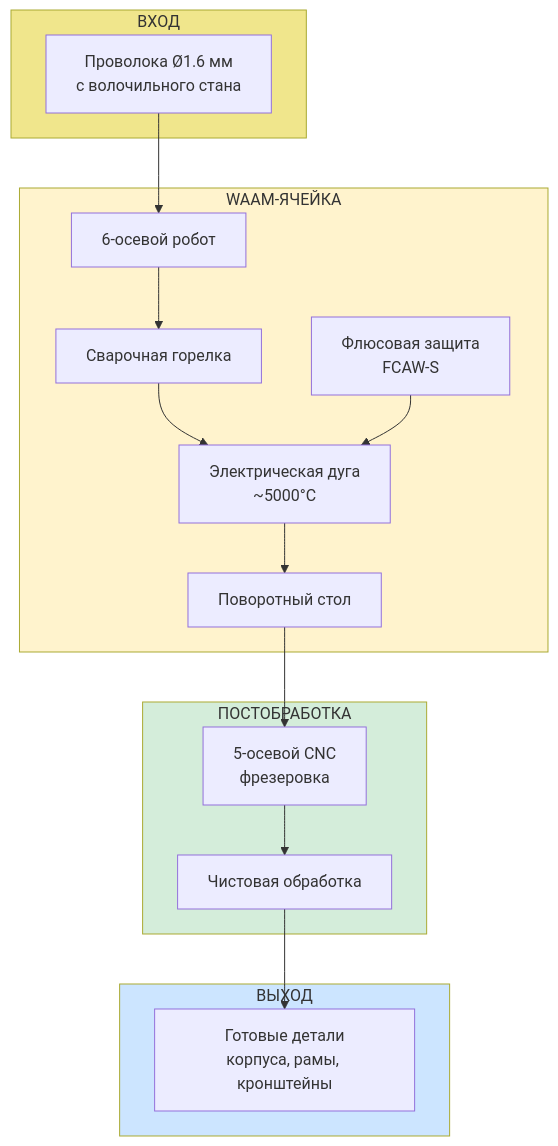
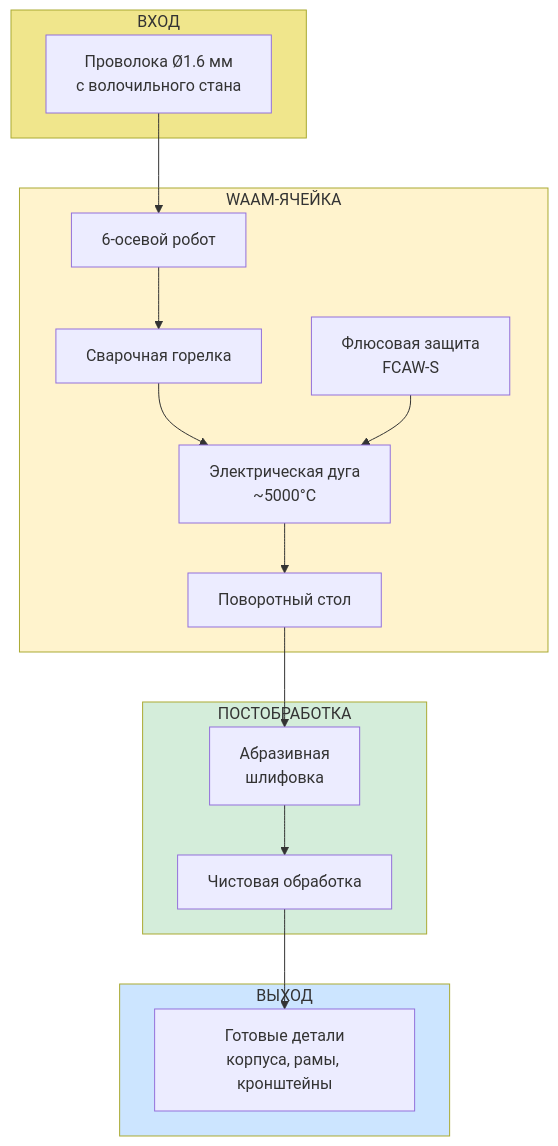
Before and after one commit to DmitryNasikanov/infinite-energy: the diagram in ru/science/detailed/production/factories/elements/waam.qmd, drawn with Mermaid. The commit also changed other lines of this file and 39 other files, not shown here.

````diff
--- a/ru/science/detailed/production/factories/elements/waam.qmd
+++ b/ru/science/detailed/production/factories/elements/waam.qmd
@@ -23,37 +23,37 @@
 ```{mermaid}
 flowchart TD
     subgraph INPUT["ВХОД"]
         WIRE["Проволока Ø1.6 мм<br/>с волочильного стана"]
     end
 
     subgraph WAAM_CELL["WAAM-ЯЧЕЙКА"]
         ROBOT["6-осевой робот"]
         TORCH["Сварочная горелка"]
         ARC["Электрическая дуга<br/>~5000°C"]
         FLUX["Флюсовая защита<br/>FCAW-S"]
         TABLE["Поворотный стол"]
     end
 
     subgraph POST["ПОСТОБРАБОТКА"]
-        CNC["5-осевой CNC<br/>фрезеровка"]
+        GRIND["Абразивная<br/>шлифовка"]
         FINISH["Чистовая обработка"]
     end
 
     subgraph OUTPUT["ВЫХОД"]
         PARTS["Готовые детали<br/>корпуса, рамы, кронштейны"]
     end
 
     WIRE --> ROBOT
     ROBOT --> TORCH
     TORCH --> ARC
     FLUX --> ARC
     ARC --> TABLE
-    TABLE --> CNC
-    CNC --> FINISH
+    TABLE --> GRIND
+    GRIND --> FINISH
     FINISH --> PARTS
 
     style INPUT fill:#f0e68c
     style WAAM_CELL fill:#fff3cd
     style POST fill:#d4edda
     style OUTPUT fill:#cce5ff
 ```
````
